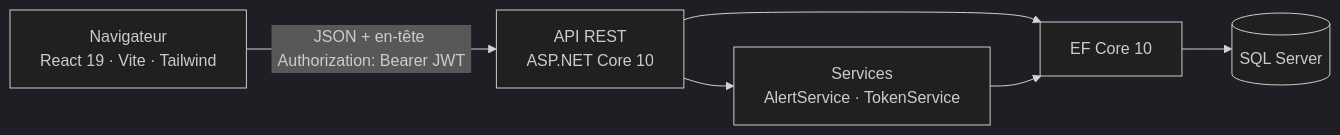
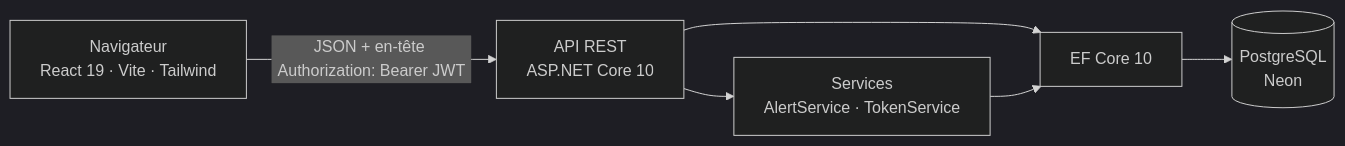
One commit to inesgha/budgetly changed the first of 2 diagrams in README.md. Above: the diagram before and after it, drawn with Mermaid (dark theme). The commit also changed other lines of this file and 23 other files, not shown here.

Commit message:
Migration vers PostgreSQL et préparation du déploiement Vercel

````diff
--- a/README.md
+++ b/README.md
@@ -70,8 +71,8 @@
 ```mermaid
 flowchart LR
     A["Navigateur<br/>React 19 · Vite · Tailwind"] -- "JSON + en-tête Authorization: Bearer JWT" --> B["API REST<br/>ASP.NET Core 10"]
     B --> S["Services<br/>AlertService · TokenService"]
     B --> C["EF Core 10"]
     S --> C
-    C --> D[("SQL Server")]
+    C --> D[("PostgreSQL<br/>Neon")]
 ```
````
